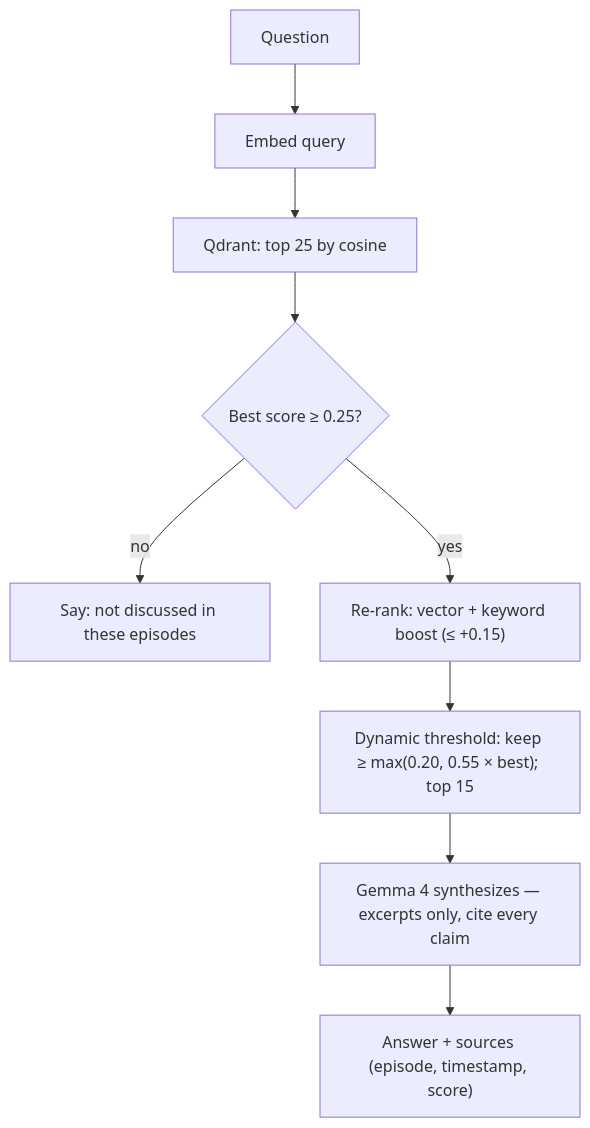
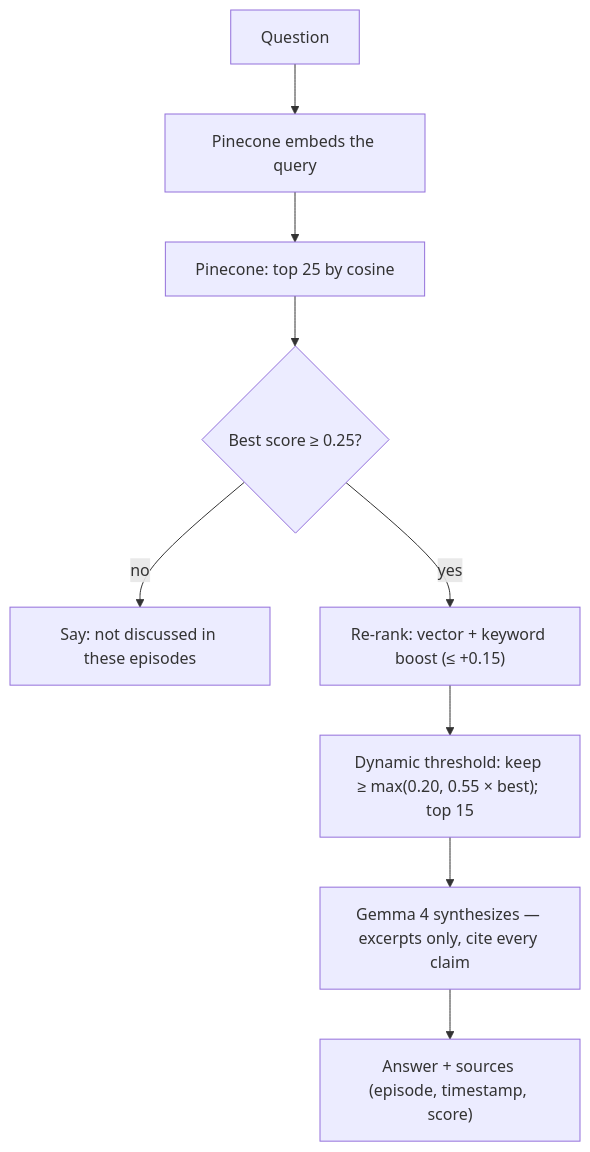
One commit to ankitaggarwal/podsearch.space changed the third of 4 diagrams in ARCHITECTURE.md. Above: the diagram before and after it, drawn with Mermaid. The commit also changed other lines of this file and 5 other files, not shown here.

Commit message:
Docs: update Qdrant/embeddinggemma → Pinecone integrated embedding throughout

````diff
--- a/ARCHITECTURE.md
+++ b/ARCHITECTURE.md
@@ -73,11 +74,11 @@
 ```mermaid
 flowchart TD
-    U["Question"] --> E["Embed query"]
-    E --> V["Qdrant: top 25 by cosine"]
+    U["Question"] --> E["Pinecone embeds the query"]
+    E --> V["Pinecone: top 25 by cosine"]
     V --> G{"Best score ≥ 0.25?"}
     G -->|"no"| SAY["Say: not discussed in these episodes"]
     G -->|"yes"| RR["Re-rank: vector + keyword boost (≤ +0.15)"]
     RR --> TH["Dynamic threshold: keep ≥ max(0.20, 0.55 × best); top 15"]
     TH --> LLM["Gemma 4 synthesizes — excerpts only, cite every claim"]
     LLM --> ANS["Answer + sources (episode, timestamp, score)"]
 ```
````
